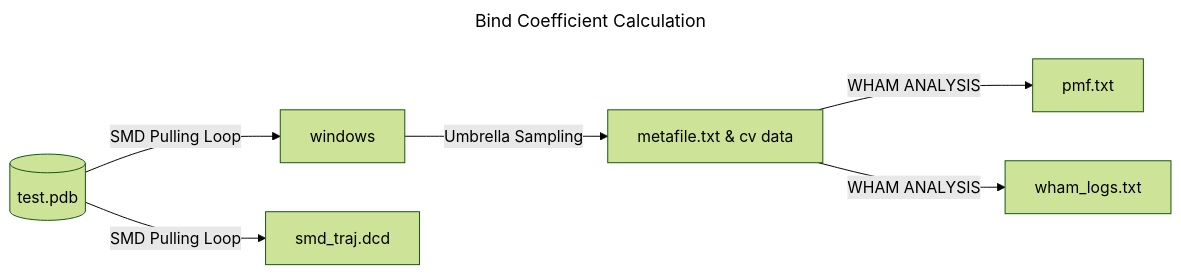
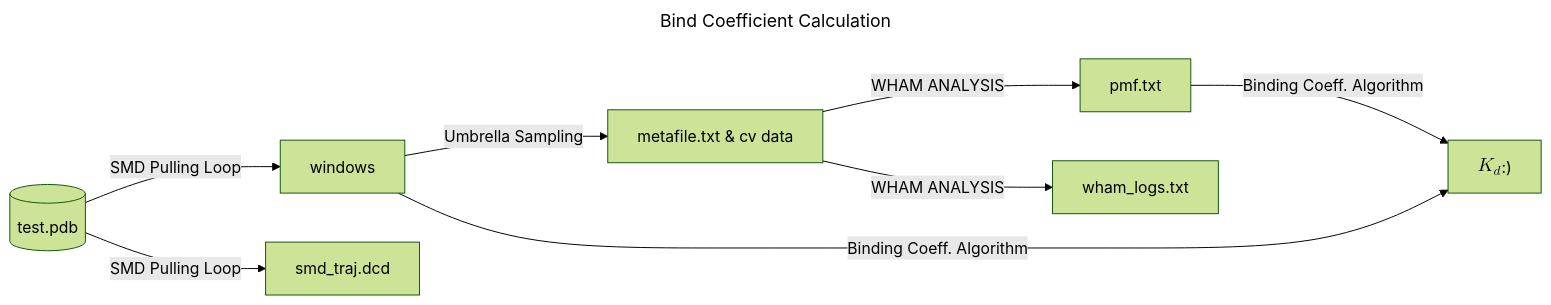
One commit to jkhdr5426/gh_scoresolver changed the diagram in readme.md. Above: the diagram before and after it, drawn with Mermaid (forest theme). The commit also changed 4 other files, not shown here.

```diff
--- a/readme.md
+++ b/readme.md
@@ -35,15 +35,18 @@
 ~~~mermaid
 ---
 title: Bind Coefficient Calculation
 ---
 graph LR;
     pdb[("test.pdb")]
     win["windows"]
     mt["metafile.txt & cv data"]
     pmf["pmf.txt"]
     traj["smd_traj.dcd"]
     wl["wham_logs.txt"]
+    kd["$$K_d$$ :)"]
     pdb -- "SMD Pulling Loop" --> traj & win
     win -- "Umbrella Sampling" --> mt
     mt -- "WHAM ANALYSIS" --> pmf & wl
+    pmf -- "Binding Coeff. Algorithm" --> kd
+    win -- "Binding Coeff. Algorithm" --> kd
 ~~~
```
